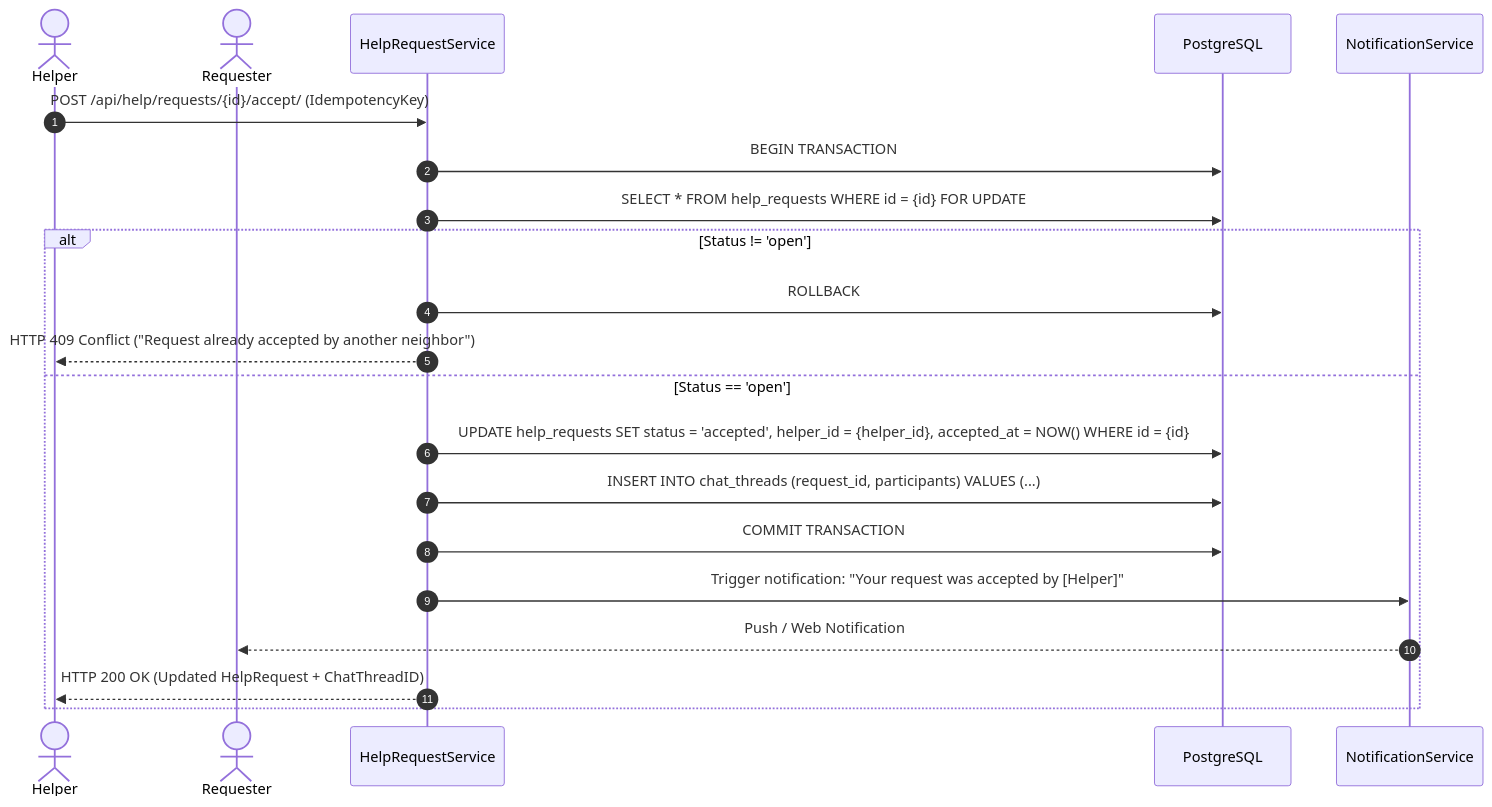
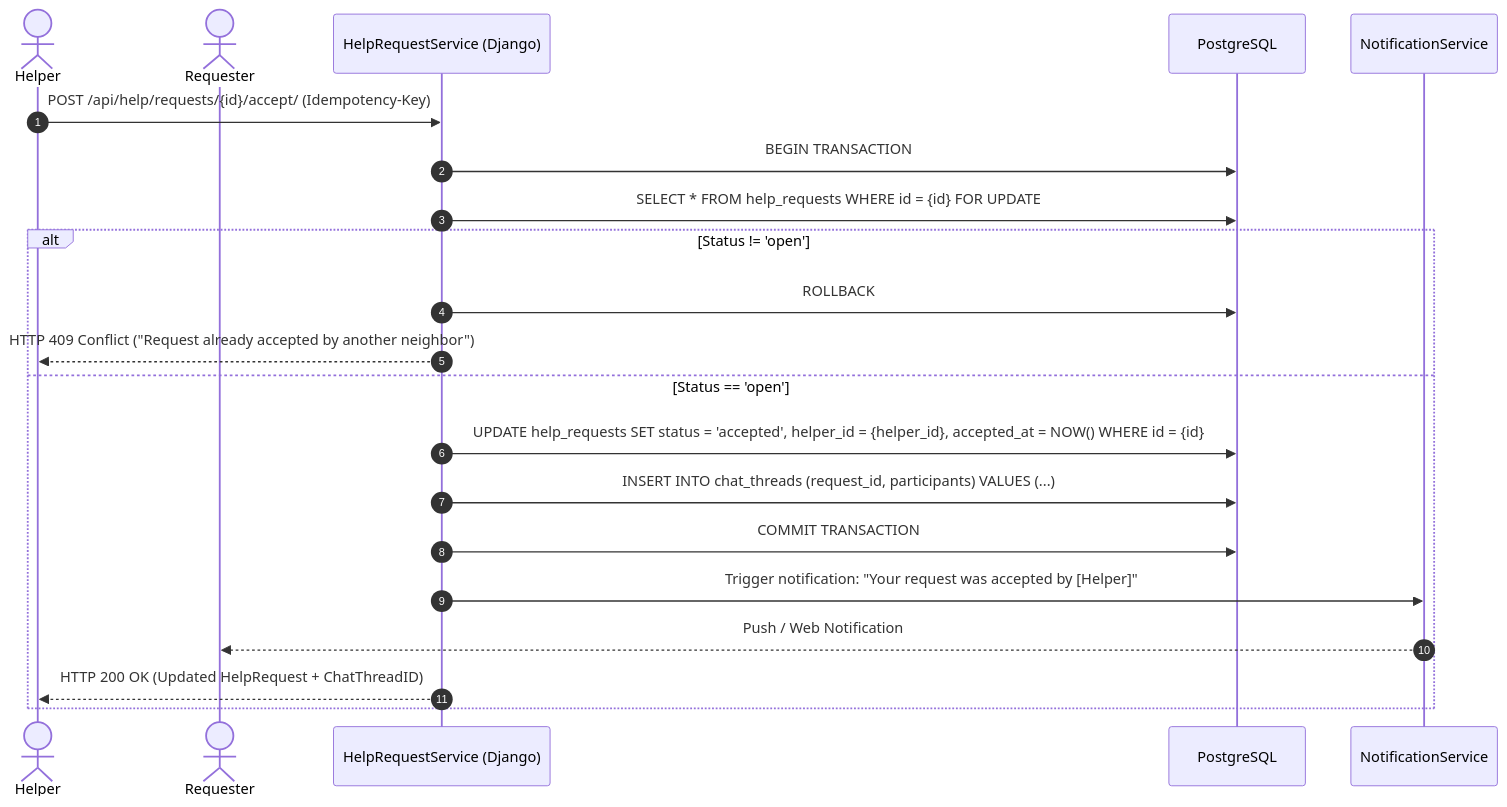
The fourth of 9 diagrams in docs/system-design.md (gctrupti/hoodi), drawn with Mermaid before and after one commit. The commit also changed other lines of this file and 6 other files, not shown here.

Commit message:
docs(architecture): update system design blueprint, ADRs, and database migration audit scripts

````diff
--- a/docs/system-design.md
+++ b/docs/system-design.md
@@ -312,24 +314,24 @@
 ```mermaid
 sequenceDiagram
     autonumber
     actor Helper as Helper
     actor Requester as Requester
-    participant API as HelpRequestService
+    participant API as HelpRequestService (Django)
     participant DB as PostgreSQL
     participant Notif as NotificationService
 
-    Helper->>API: POST /api/help/requests/{id}/accept/ (IdempotencyKey)
+    Helper->>API: POST /api/help/requests/{id}/accept/ (Idempotency-Key)
     API->>DB: BEGIN TRANSACTION
     API->>DB: SELECT * FROM help_requests WHERE id = {id} FOR UPDATE
     alt Status != 'open'
         API->>DB: ROLLBACK
         API-->>Helper: HTTP 409 Conflict ("Request already accepted by another neighbor")
     else Status == 'open'
         API->>DB: UPDATE help_requests SET status = 'accepted', helper_id = {helper_id}, accepted_at = NOW() WHERE id = {id}
         API->>DB: INSERT INTO chat_threads (request_id, participants) VALUES (...)
         API->>DB: COMMIT TRANSACTION
         API->>Notif: Trigger notification: "Your request was accepted by [Helper]"
         Notif-->>Requester: Push / Web Notification
         API-->>Helper: HTTP 200 OK (Updated HelpRequest + ChatThreadID)
     end
 ```
````
